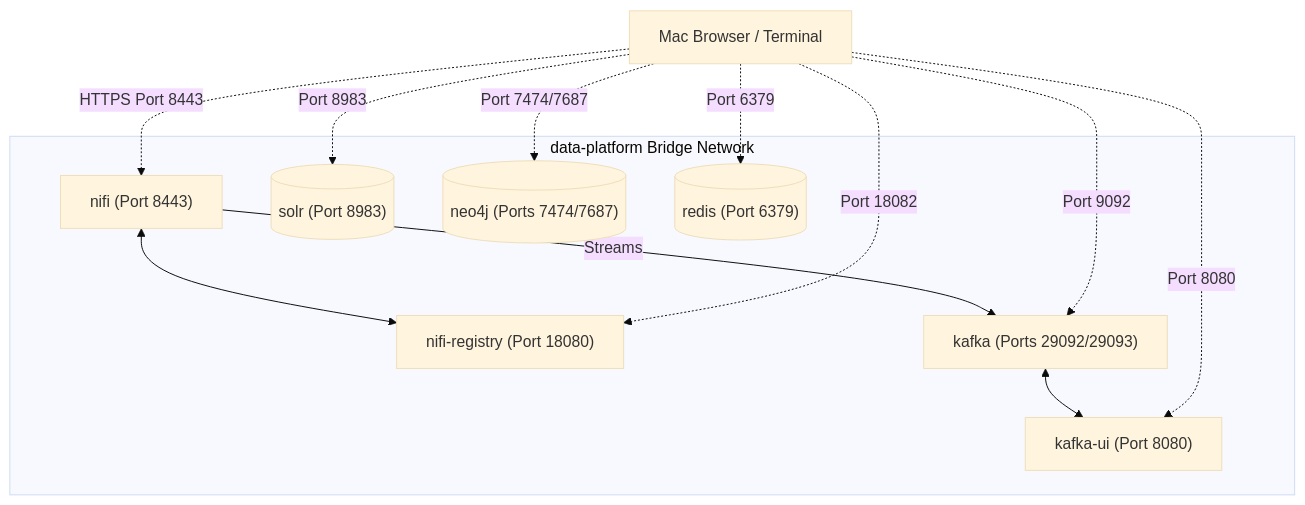
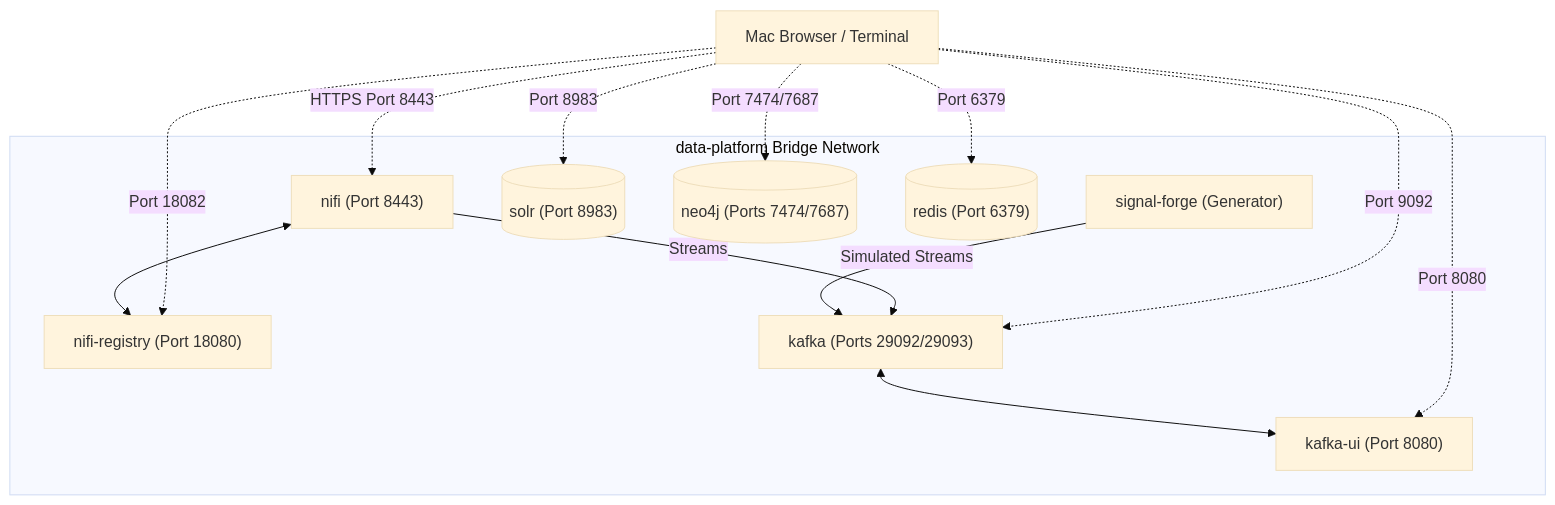
The diagram in docs/sandbox_setup.md (ErVijayRaghuwanshi/argus), drawn with Mermaid (base theme) before and after one commit. The commit also changed other lines of this file and 2 other files, not shown here.

Commit message:
Add SignalForge service to Docker Compose and update environment configurations

````diff
--- a/docs/sandbox_setup.md
+++ b/docs/sandbox_setup.md
@@ -11,19 +11,20 @@
 ```mermaid
 graph TD
     subgraph DataPlatform ["data-platform Bridge Network"]
         NIFI["nifi (Port 8443)"] <--> REG["nifi-registry (Port 18080)"]
-        NIFI -->|Streams| K["kafka (Ports 29092/29093)"]
+        SF["signal-forge (Generator)"] -->|Simulated Streams| K["kafka (Ports 29092/29093)"]
+        NIFI -->|Streams| K
         K <--> KUI["kafka-ui (Port 8080)"]
         SOLR[("solr (Port 8983)")]
         NEO[("neo4j (Ports 7474/7687)")]
         REDIS[("redis (Port 6379)")]
     end
     
     UI["Mac Browser / Terminal"] -.->|HTTPS Port 8443| NIFI
     UI -.->|Port 18082| REG
     UI -.->|Port 8080| KUI
     UI -.->|Port 7474/7687| NEO
     UI -.->|Port 8983| SOLR
     UI -.->|Port 6379| REDIS
     UI -.->|Port 9092| K
 ```
````
